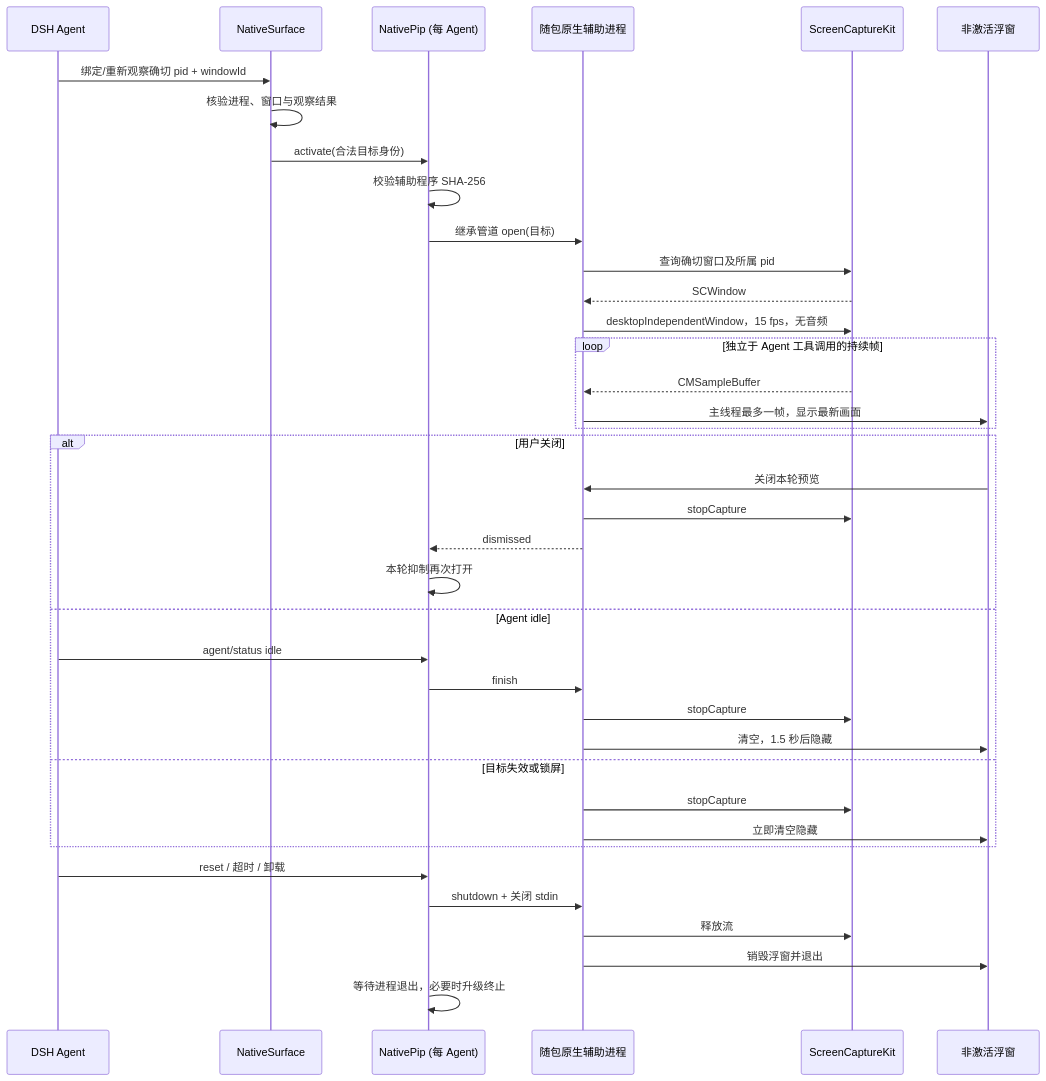
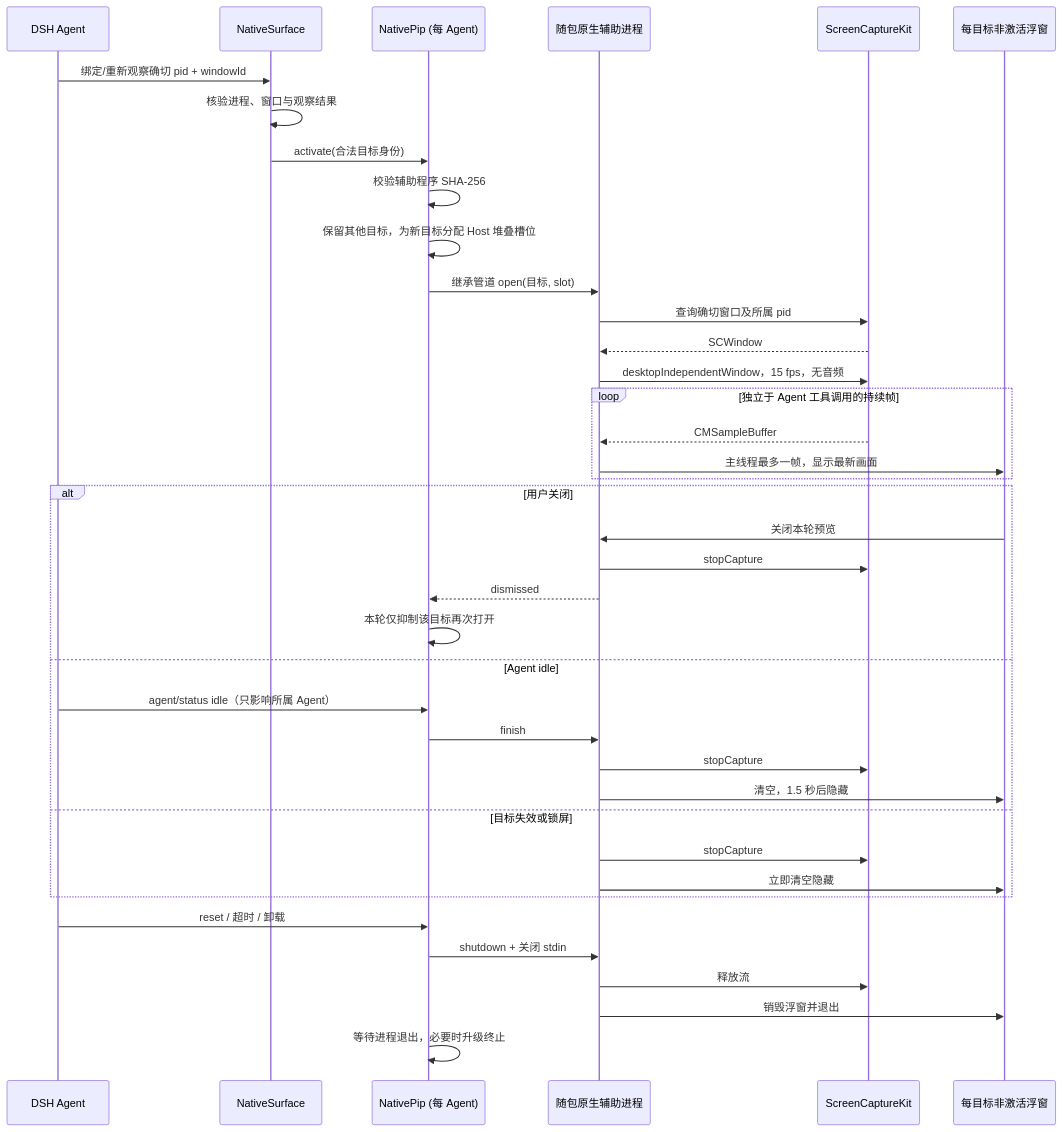
One commit to xiaoiver/dsh-unified-computer-use changed the tenth of 10 diagrams in docs/CALL-FLOWS.md. Above: the diagram before and after it, drawn with Mermaid. The commit also changed other lines of this file and 21 other files, not shown here.

````diff
--- a/docs/CALL-FLOWS.md
+++ b/docs/CALL-FLOWS.md
@@ -341,40 +341,41 @@
 ```mermaid
 sequenceDiagram
   participant A as DSH Agent
   participant N as NativeSurface
   participant P as NativePip (每 Agent)
   participant H as 随包原生辅助进程
   participant S as ScreenCaptureKit
-  participant W as 非激活浮窗
+  participant W as 每目标非激活浮窗
   A->>N: 绑定/重新观察确切 pid + windowId
   N->>N: 核验进程、窗口与观察结果
   N->>P: activate(合法目标身份)
   P->>P: 校验辅助程序 SHA-256
-  P->>H: 继承管道 open(目标)
+  P->>P: 保留其他目标，为新目标分配 Host 堆叠槽位
+  P->>H: 继承管道 open(目标, slot)
   H->>S: 查询确切窗口及所属 pid
   S-->>H: SCWindow
   H->>S: desktopIndependentWindow，15 fps，无音频
   loop 独立于 Agent 工具调用的持续帧
     S-->>H: CMSampleBuffer
     H->>W: 主线程最多一帧，显示最新画面
   end
   alt 用户关闭
     W->>H: 关闭本轮预览
     H->>S: stopCapture
     H-->>P: dismissed
-    P->>P: 本轮抑制再次打开
+    P->>P: 本轮仅抑制该目标再次打开
   else Agent idle
-    A->>P: agent/status idle
+    A->>P: agent/status idle（只影响所属 Agent）
     P->>H: finish
     H->>S: stopCapture
     H->>W: 清空，1.5 秒后隐藏
   else 目标失效或锁屏
     H->>S: stopCapture
     H->>W: 立即清空隐藏
   end
   A->>P: reset / 超时 / 卸载
   P->>H: shutdown + 关闭 stdin
   H->>S: 释放流
   H->>W: 销毁浮窗并退出
   P->>P: 等待进程退出，必要时升级终止
 ```
````
